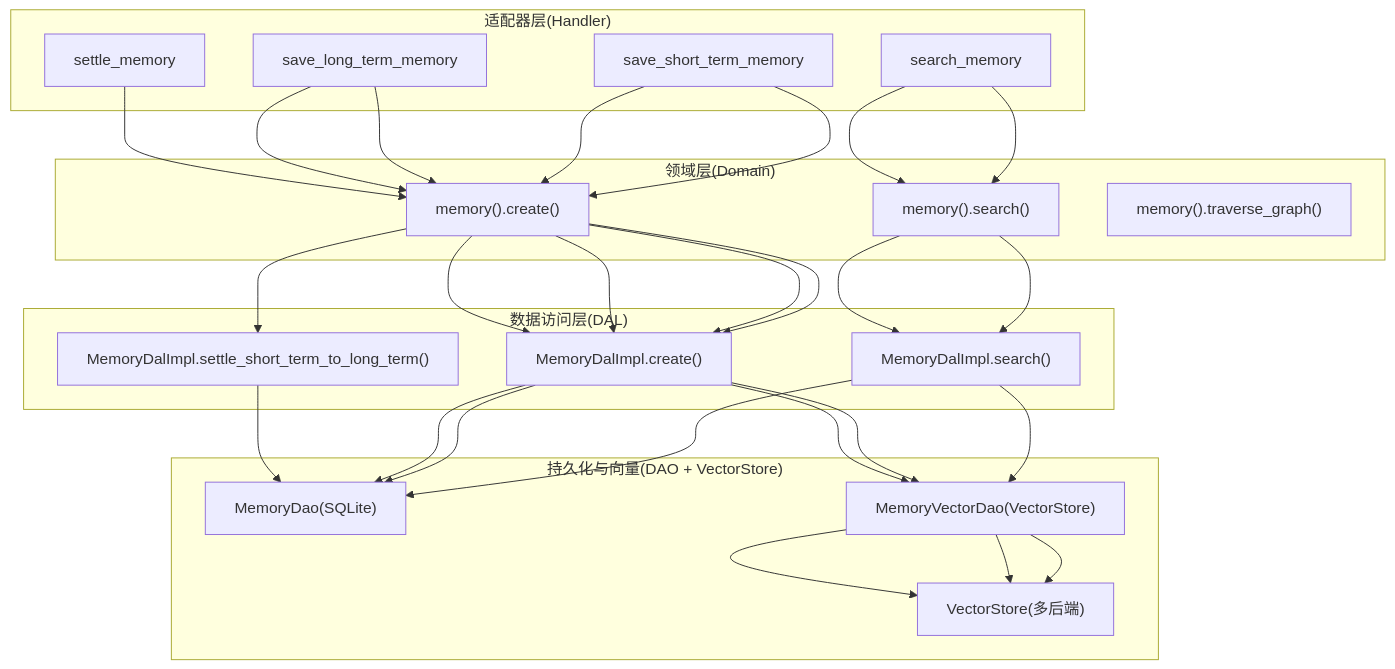
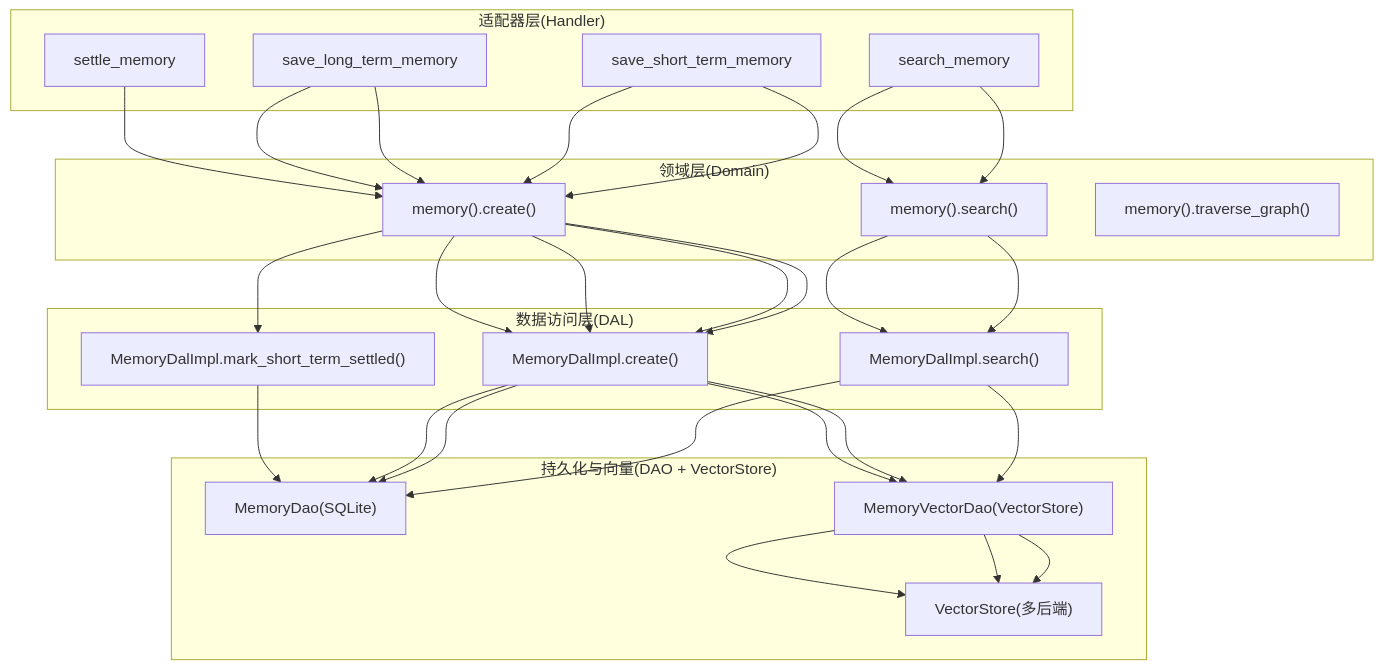
Before and after one commit to runningcoders/ai_orz: the first of 9 diagrams in docs/wiki/zh/content/功能模块/AI Agent 管理/记忆系统管理.md, drawn with Mermaid. The commit also changed other lines of this file and 82 other files, not shown here.

````diff
--- a/docs/wiki/zh/content/功能模块/AI Agent 管理/记忆系统管理.md
+++ b/docs/wiki/zh/content/功能模块/AI Agent 管理/记忆系统管理.md
@@ -78,31 +78,31 @@
 ```mermaid
 graph TB
 subgraph "适配器层(Handler)"
 H1["search_memory"]
 H2["save_short_term_memory"]
 H3["save_long_term_memory"]
 H4["settle_memory"]
 end
 subgraph "领域层(Domain)"
 D1["memory().search()"]
 D2["memory().create()"]
 D3["memory().traverse_graph()"]
 end
 subgraph "数据访问层(DAL)"
 L1["MemoryDalImpl.search()"]
 L2["MemoryDalImpl.create()"]
-L3["MemoryDalImpl.settle_short_term_to_long_term()"]
+L3["MemoryDalImpl.mark_short_term_settled()"]
 end
 subgraph "持久化与向量(DAO + VectorStore)"
 V1["MemoryDao(SQLite)"]
 V2["MemoryVectorDao(VectorStore)"]
 V3["VectorStore(多后端)"]
 end
 H1 --> D1 --> L1 --> V1
 H1 --> D1 --> L1 --> V2 --> V3
 H2 --> D2 --> L2 --> V1
 H2 --> D2 --> L2 --> V2 --> V3
 H3 --> D2 --> L2 --> V1
 H3 --> D2 --> L2 --> V2 --> V3
 H4 --> D2 --> L3 --> V1
 ```
````
